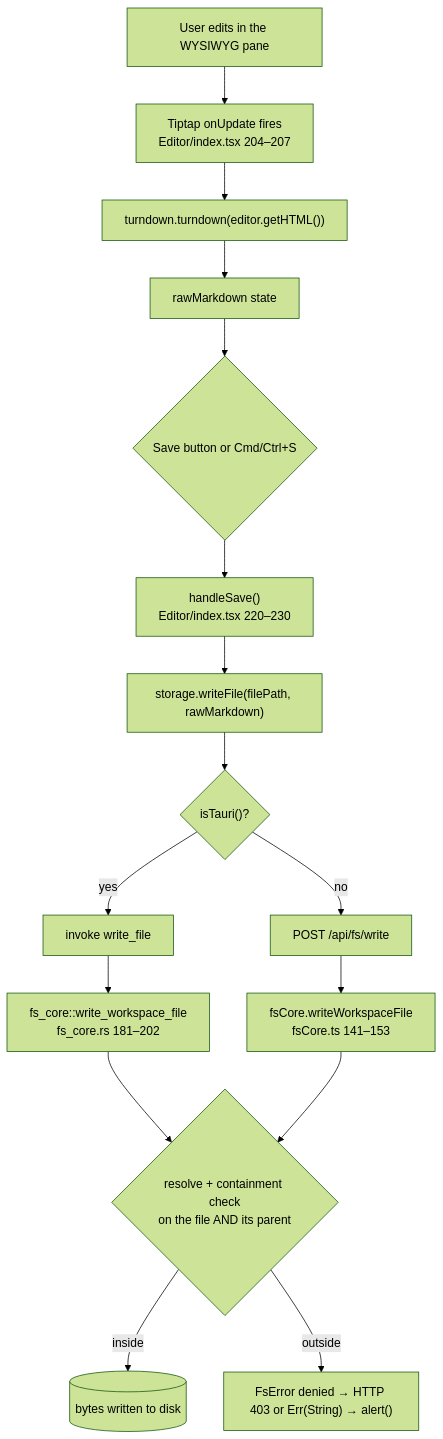
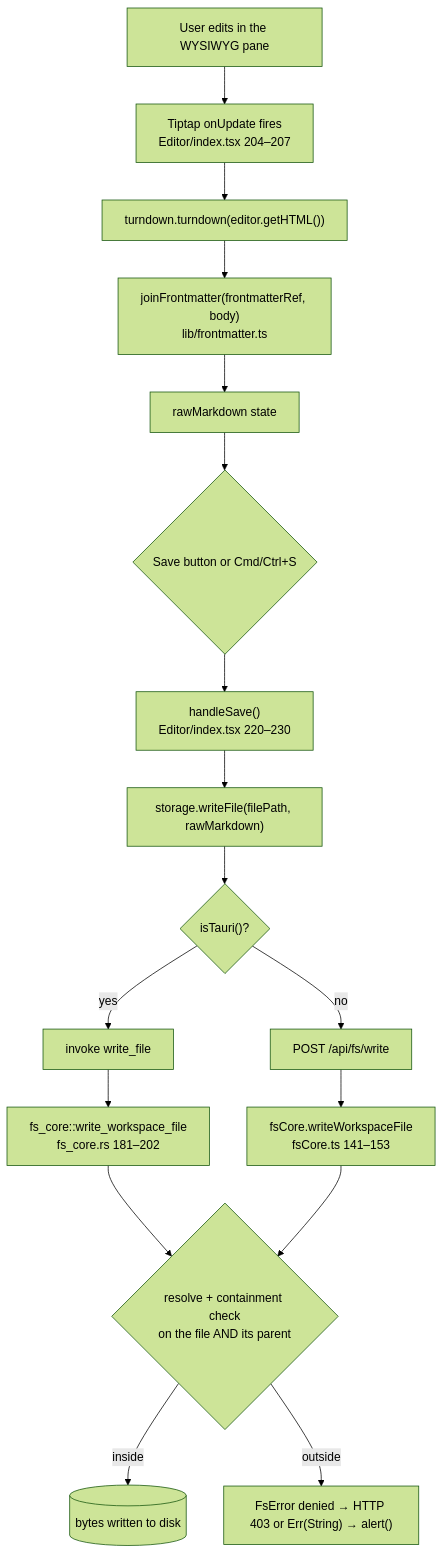
One commit to SpillwaveSolutions/motion changed the fourth of 24 diagrams in docs/designs/current_design_doc.md. Above: the diagram before and after it, drawn with Mermaid (forest theme). The commit also changed other lines of this file and 32 other files, not shown here.

````diff
--- a/docs/designs/current_design_doc.md
+++ b/docs/designs/current_design_doc.md
@@ -592,18 +592,19 @@
 ```mermaid
 flowchart TB
     A["User edits in the WYSIWYG pane"] --> B["Tiptap onUpdate fires<br/>Editor/index.tsx 204–207"]
     B --> C["turndown.turndown(editor.getHTML())"]
-    C --> D["rawMarkdown state"]
+    C --> FM["joinFrontmatter(frontmatterRef, body)<br/>lib/frontmatter.ts"]
+    FM --> D["rawMarkdown state"]
     D --> E{"Save button or Cmd/Ctrl+S"}
     E --> F["handleSave()<br/>Editor/index.tsx 220–230"]
     F --> G["storage.writeFile(filePath, rawMarkdown)"]
     G --> H{"isTauri()?"}
     H -->|"yes"| I["invoke write_file"]
     H -->|"no"| J["POST /api/fs/write"]
     I --> K["fs_core::write_workspace_file<br/>fs_core.rs 181–202"]
     J --> L["fsCore.writeWorkspaceFile<br/>fsCore.ts 141–153"]
     K --> M{"resolve + containment check<br/>on the file AND its parent"}
     L --> M
     M -->|"inside"| N[("bytes written to disk")]
     M -->|"outside"| O["FsError denied → HTTP 403 or Err(String) → alert()"]
 ```
````
